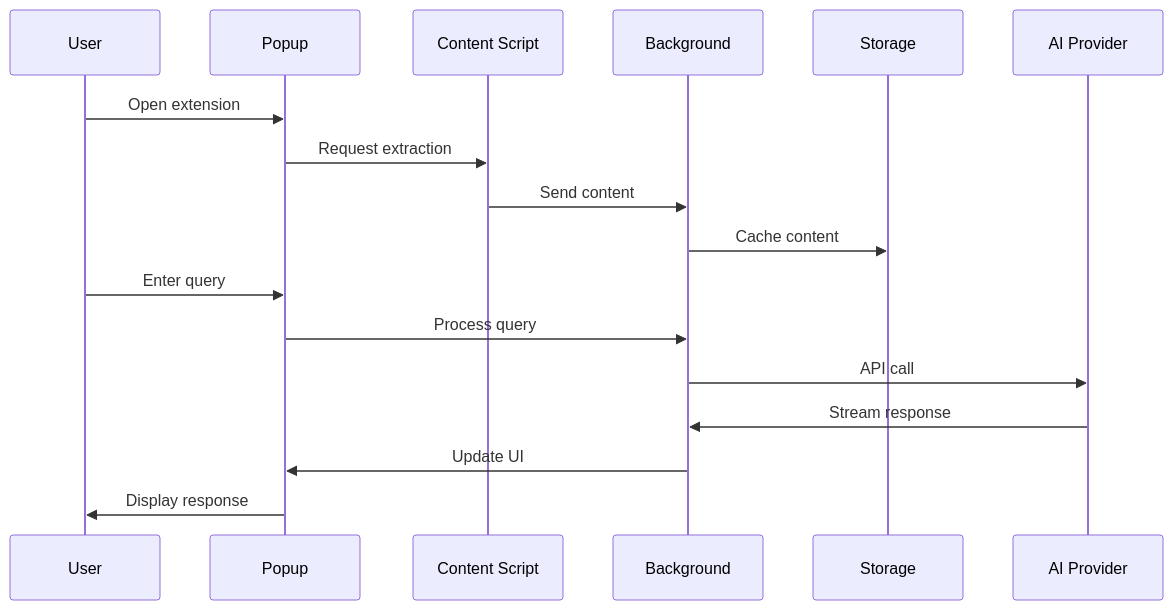
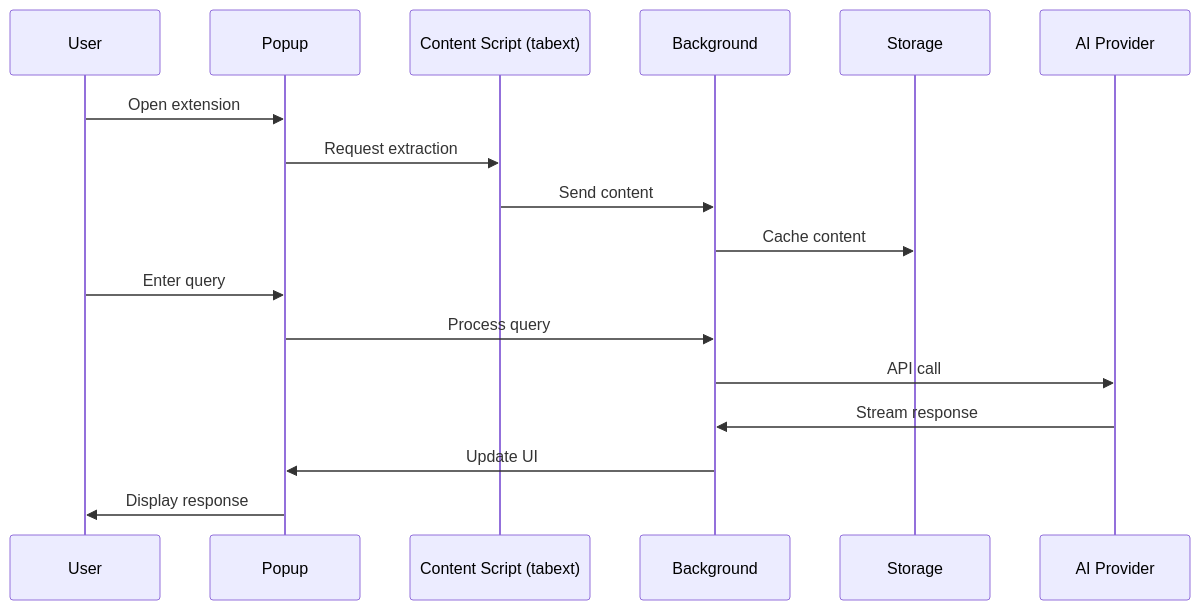
The diagram in docs/planning/PRD.md (YishenTu/browser-sidebar), drawn with Mermaid before and after one commit. The commit also changed 107 other files, not shown here.

````diff
--- a/docs/planning/PRD.md
+++ b/docs/planning/PRD.md
@@ -269,13 +269,13 @@
 ```mermaid
 sequenceDiagram
     User->>Popup: Open extension
-    Popup->>Content Script: Request extraction
-    Content Script->>Background: Send content
+    Popup->>Content Script (tabext): Request extraction
+    Content Script (tabext)->>Background: Send content
     Background->>Storage: Cache content
     User->>Popup: Enter query
     Popup->>Background: Process query
     Background->>AI Provider: API call
     AI Provider->>Background: Stream response
     Background->>Popup: Update UI
     Popup->>User: Display response
 ```
````
